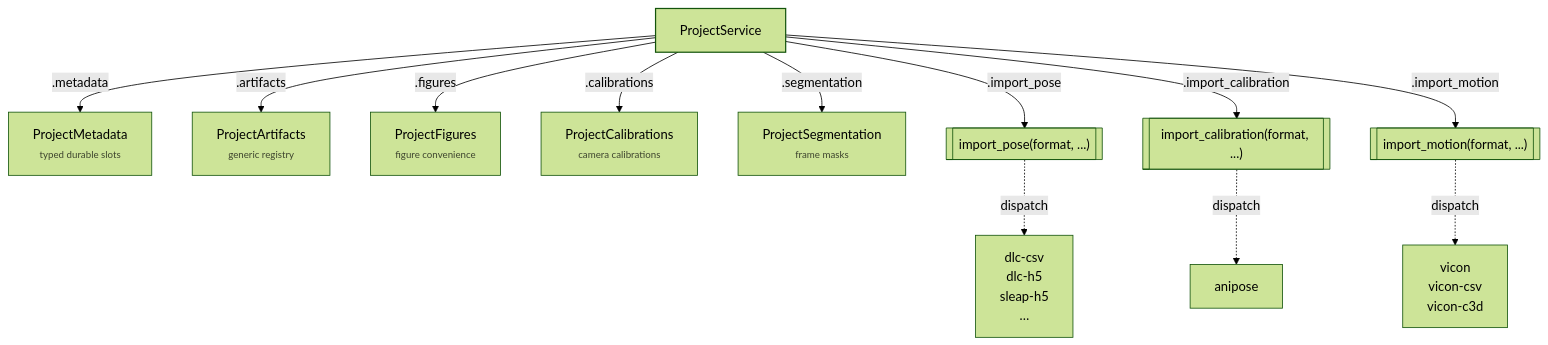
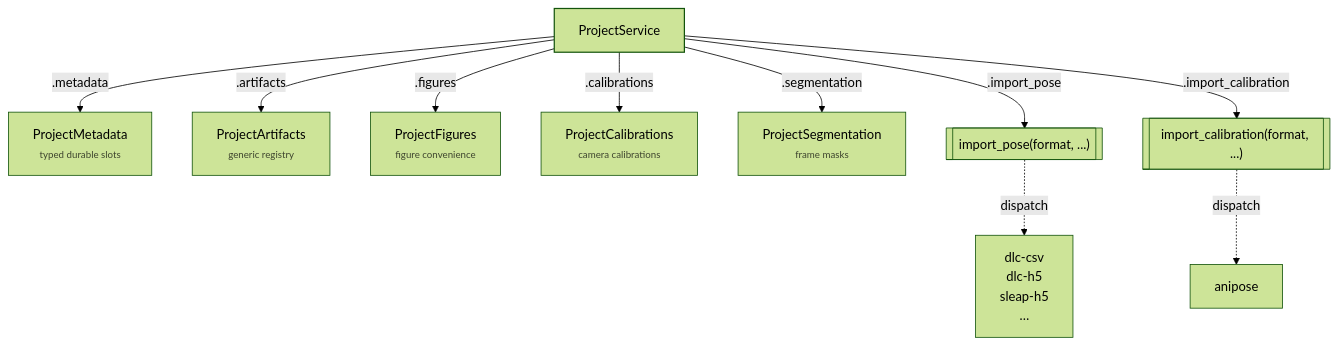
Before and after one commit to Alfredo-Sandoval/exp-pkg: the first of 2 diagrams in docs/api/services.md, drawn with Mermaid (forest theme). The commit also changed other lines of this file and 53 other files, not shown here.

First line of the commit message:
Remove deprecated Vicon import tests and related helpers

````diff
--- a/docs/api/services.md
+++ b/docs/api/services.md
@@ -9,20 +9,17 @@
 ```mermaid
 flowchart TD
     svc["ProjectService"]:::accent
 
     svc -->|.metadata| meta["ProjectMetadata<br/><span style='font-size:0.75em;opacity:0.7'>typed durable slots</span>"]
     svc -->|.artifacts| arts["ProjectArtifacts<br/><span style='font-size:0.75em;opacity:0.7'>generic registry</span>"]
     svc -->|.figures| figs["ProjectFigures<br/><span style='font-size:0.75em;opacity:0.7'>figure convenience</span>"]
     svc -->|.calibrations| cals["ProjectCalibrations<br/><span style='font-size:0.75em;opacity:0.7'>camera calibrations</span>"]
     svc -->|.segmentation| segs["ProjectSegmentation<br/><span style='font-size:0.75em;opacity:0.7'>frame masks</span>"]
 
     svc -->|.import_pose| ipose[["import_pose(format, ...)"]]
     svc -->|.import_calibration| ical[["import_calibration(format, ...)"]]
-    svc -->|.import_motion| imot[["import_motion(format, ...)"]]
-
     ipose -.dispatch.-> dlc["dlc-csv<br/>dlc-h5<br/>sleap-h5<br/>…"]
     ical -.dispatch.-> ani["anipose"]
-    imot -.dispatch.-> vic["vicon<br/>vicon-csv<br/>vicon-c3d"]
 
     classDef accent stroke-width:1.5px;
 ```
````
